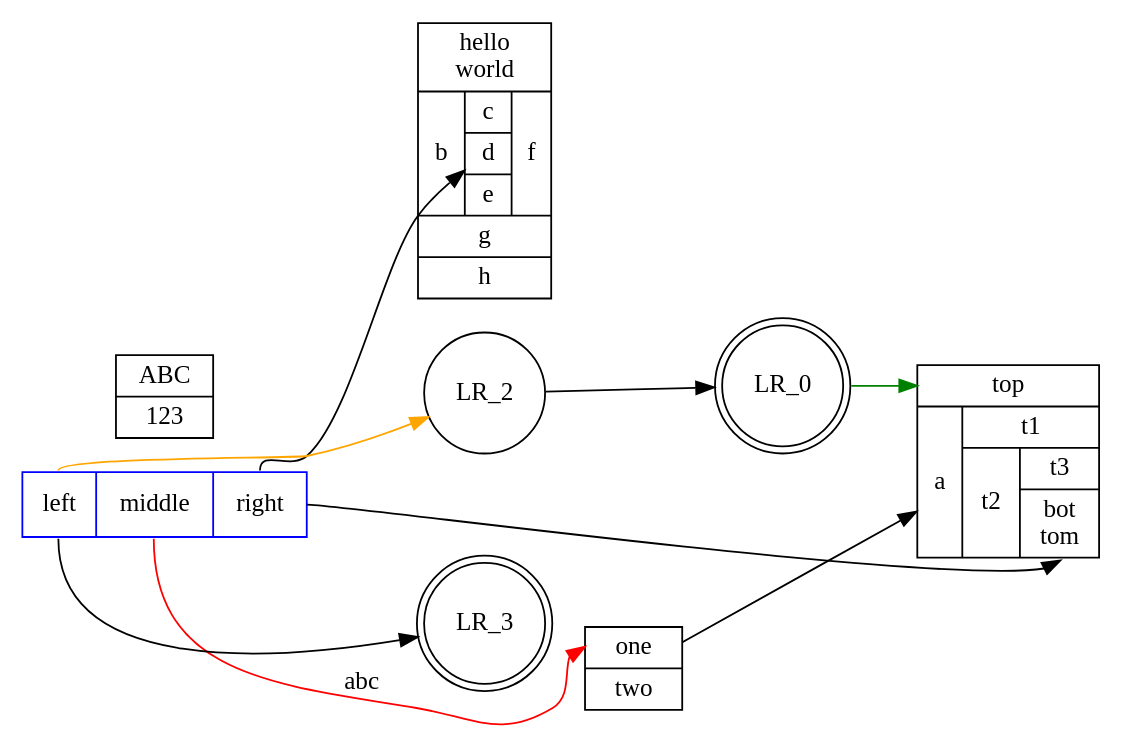
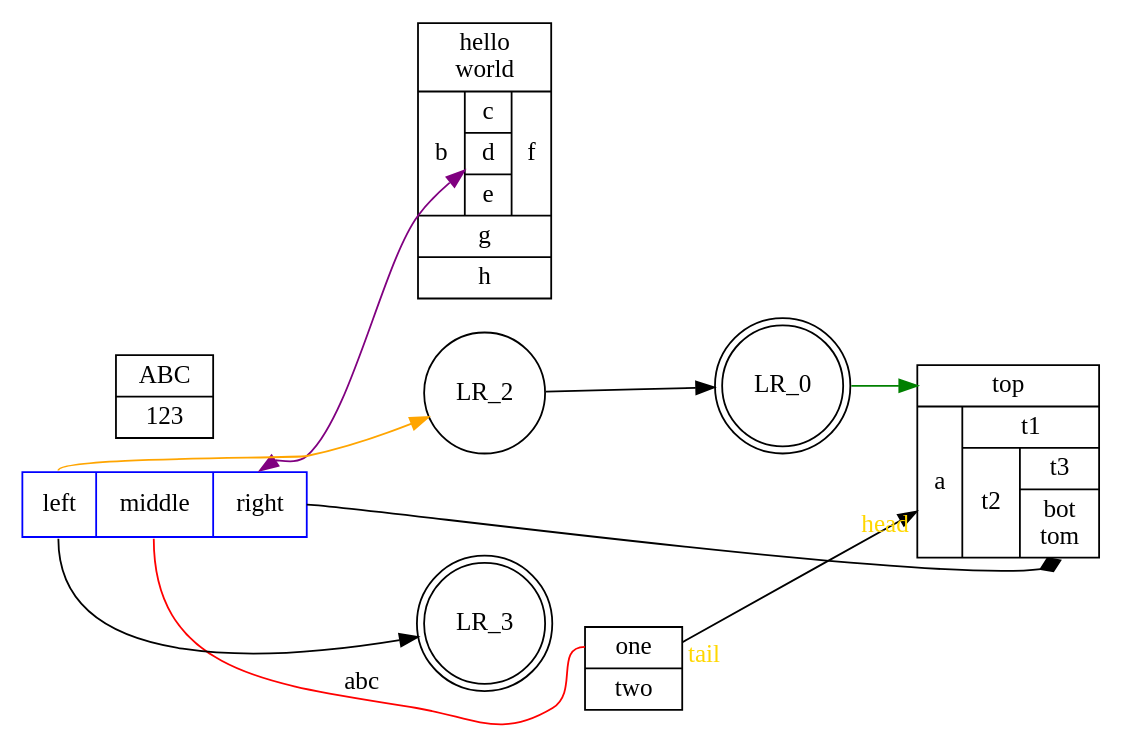
One commit to MrAtaraxia/LoveLetter changed the diagram in basic-docs/structs_revisited.gv. Above: the diagram before and after it, drawn with Graphviz. The commit also changed 2 other files, not shown here.

```diff
--- a/basic-docs/structs_revisited.gv
+++ b/basic-docs/structs_revisited.gv
@@ -1,22 +1,22 @@
 digraph structs {
 	rankdir=LR size="8,5"
 	node [shape=record]
 	struct2 [label="<f0> one|<f1> two"]
 	struct4 [label="<top>top|{a| {t1|{t2|{t3|<f1>bot\ntom}}}}"]
 	struct3 [label="hello\nworld |{ b |{c|<here> d|e}| f}| g | h"]
 	struct1 [label="{<f0> left|<f1> middle|<f2> right}" color=Blue]
-	struct1:f1 -> struct2:f0 [label=abc color=Red]
-	struct1:f2 -> struct3:here
-	struct1:f2 -> struct4:f1
-	struct2 -> struct4
+	struct1:f1 -> struct2:f0 [label=abc color=Red dir=none]
+	struct1:f2 -> struct3:here [color=Purple concentrate=true dir=both]
+	struct1:f2 -> struct4:f1 [arrowhead=diamond]
+	struct2 -> struct4 [fontcolor=Gold headlabel=head taillabel=tail]
 	node [shape=doublecircle]
 	LR_0
 	LR_3
 	node [shape=circle]
 	struct1:f0 -> LR_2 [color=Orange]
 	struct1:f0 -> LR_3
 	LR_2 -> LR_0
 	LR_0 -> struct4:top [color=Green]
 	node [shape=record]
 	struct5 [label="<f0> ABC|<f1> 123"]
 }
```
